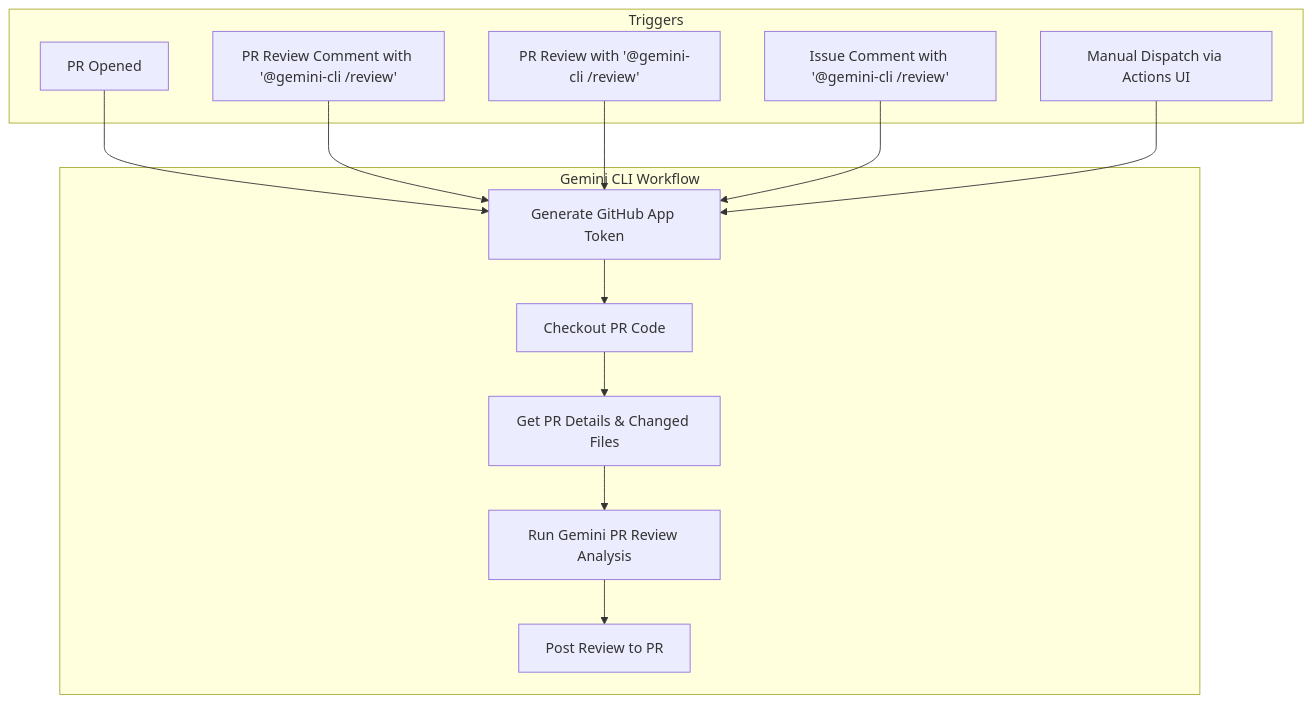
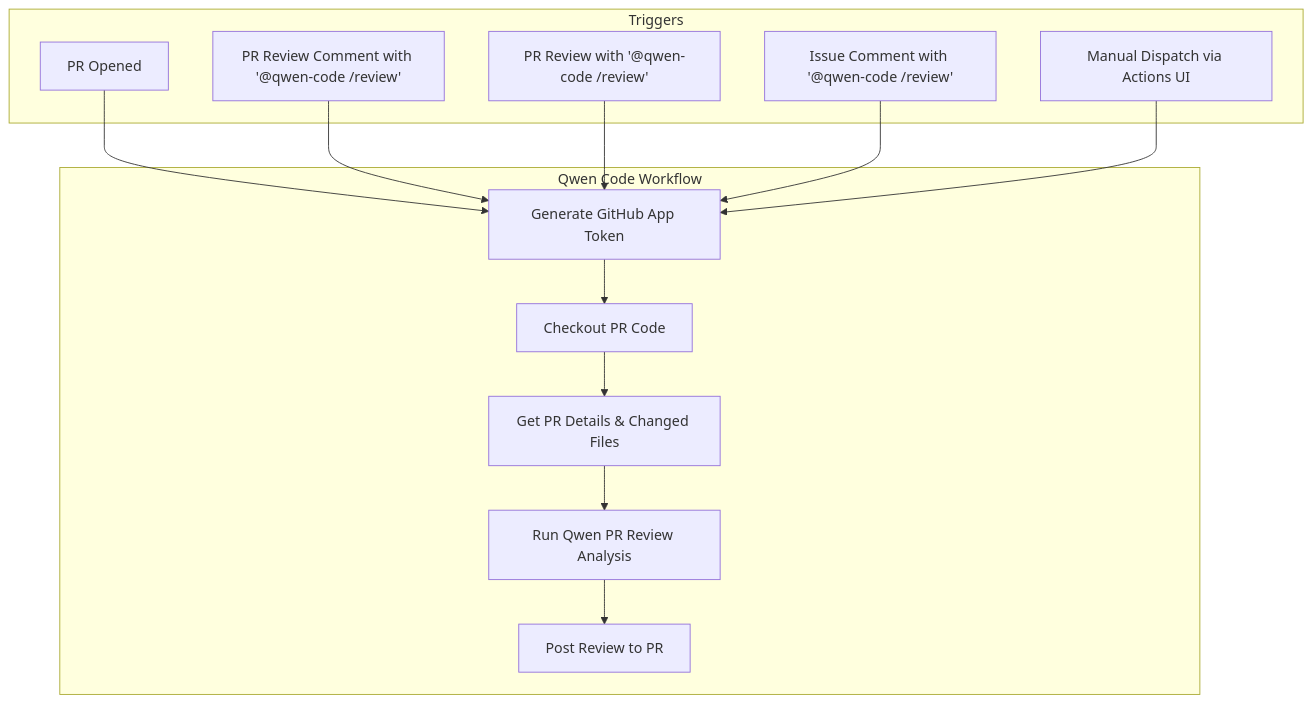
Before and after one commit to QwenLM/qwen-code-action: the diagram in examples/workflows/pr-review/README.md, drawn with Mermaid. The commit also changed other lines of this file and 22 other files, not shown here.

First line of the commit message:
chore: rename project from run-gemini-cli to qwen-code-action

````diff
--- a/examples/workflows/pr-review/README.md
+++ b/examples/workflows/pr-review/README.md
@@ -101,28 +102,28 @@
 ```mermaid
 flowchart TD
     subgraph Triggers
         A[PR Opened]
-        B[PR Review Comment with '@gemini-cli /review']
-        C[PR Review with '@gemini-cli /review']
-        D[Issue Comment with '@gemini-cli /review']
+        B[PR Review Comment with '@qwen-code /review']
+        C[PR Review with '@qwen-code /review']
+        D[Issue Comment with '@qwen-code /review']
         E[Manual Dispatch via Actions UI]
     end
 
-    subgraph "Gemini CLI Workflow"
+    subgraph "Qwen Code Workflow"
         F[Generate GitHub App Token]
         G[Checkout PR Code]
         H[Get PR Details & Changed Files]
-        I[Run Gemini PR Review Analysis]
+        I[Run Qwen PR Review Analysis]
         J[Post Review to PR]
     end
 
     A --> F
     B --> F
     C --> F
     D --> F
     E --> F
     F --> G
     G --> H
     H --> I
     I --> J
 ```
````
